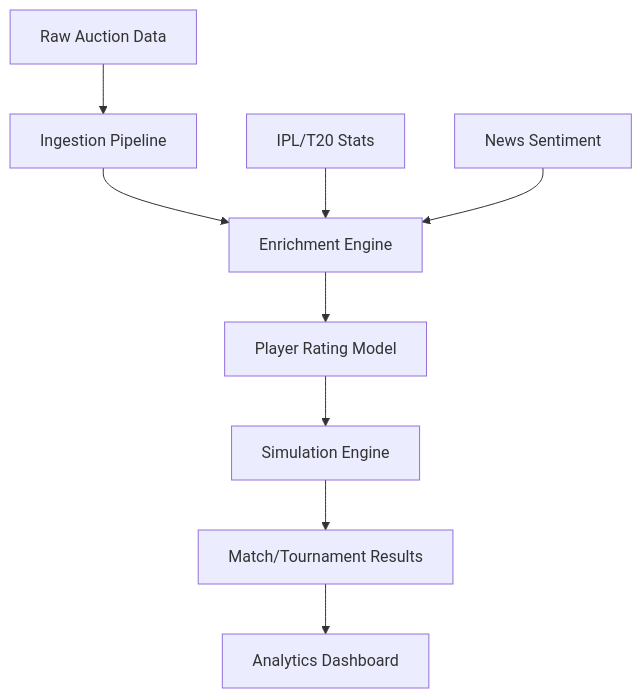
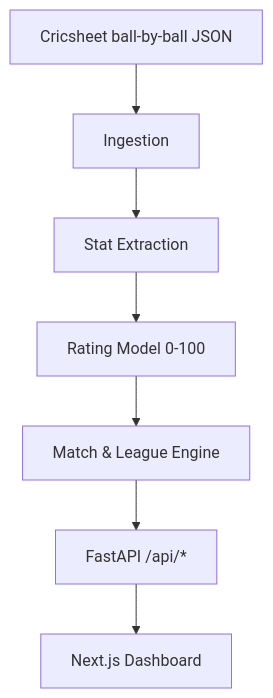
One commit to Sanjeev2007/IPL-Auction-Simulator changed the diagram in README.md. Above: the diagram before and after it, drawn with Mermaid. The commit also changed other lines of this file and 1 other file, not shown here.

````diff
--- a/README.md
+++ b/README.md
@@ -26,11 +34,9 @@
 ```mermaid
 graph TD
-    A[Raw Auction Data] --> B[Ingestion Pipeline]
-    B --> C[Enrichment Engine]
-    D[IPL/T20 Stats] --> C
-    E[News Sentiment] --> C
-    C --> F[Player Rating Model]
-    F --> G[Simulation Engine]
-    G --> H[Match/Tournament Results]
-    H --> I[Analytics Dashboard]
+    A[Cricsheet ball-by-ball JSON] --> B[Ingestion]
+    B --> C[Stat Extraction]
+    C --> D[Rating Model 0-100]
+    D --> E[Match & League Engine]
+    E --> F[FastAPI /api/*]
+    F --> G[Next.js Dashboard]
 ```
````
